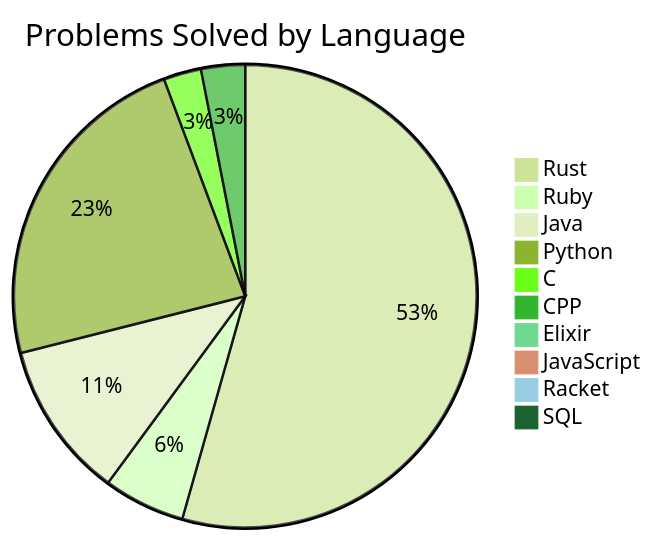
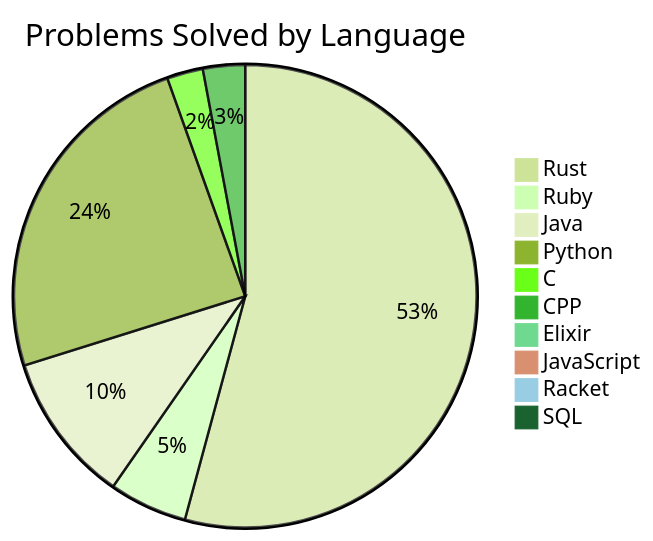
One commit to Liam-Wirth/leetcode-solutions changed the diagram in README.md. Above: the diagram before and after it, drawn with Mermaid (forest theme). The commit also changed other lines of this file and 12 other files, not shown here.

````diff
--- a/README.md
+++ b/README.md
@@ -29,13 +29,13 @@
 ```mermaid
 pie title Problems Solved by Language
-    "Rust": 124
+    "Rust": 129
     "Ruby": 13
     "Java": 25
-    "Python": 53
+    "Python": 58
     "C": 6
     "CPP": 7
     "Elixir": 1
     "JavaScript": 2
     "Racket": 1
     "SQL": 2
 ```
````
